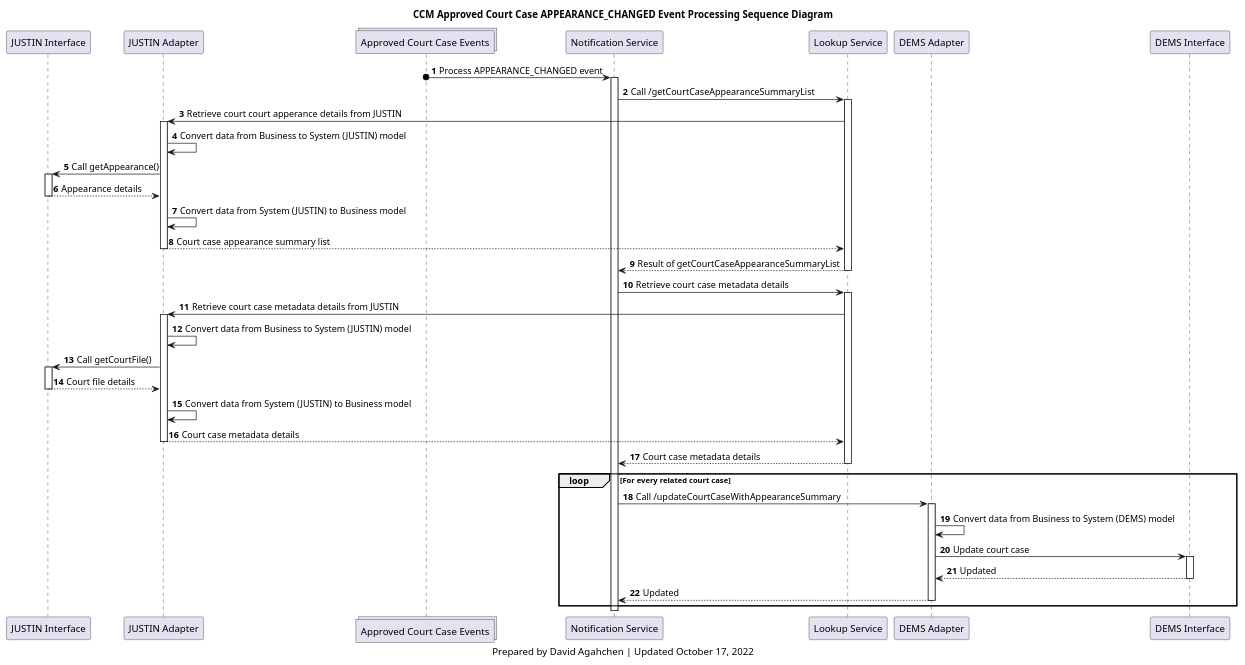
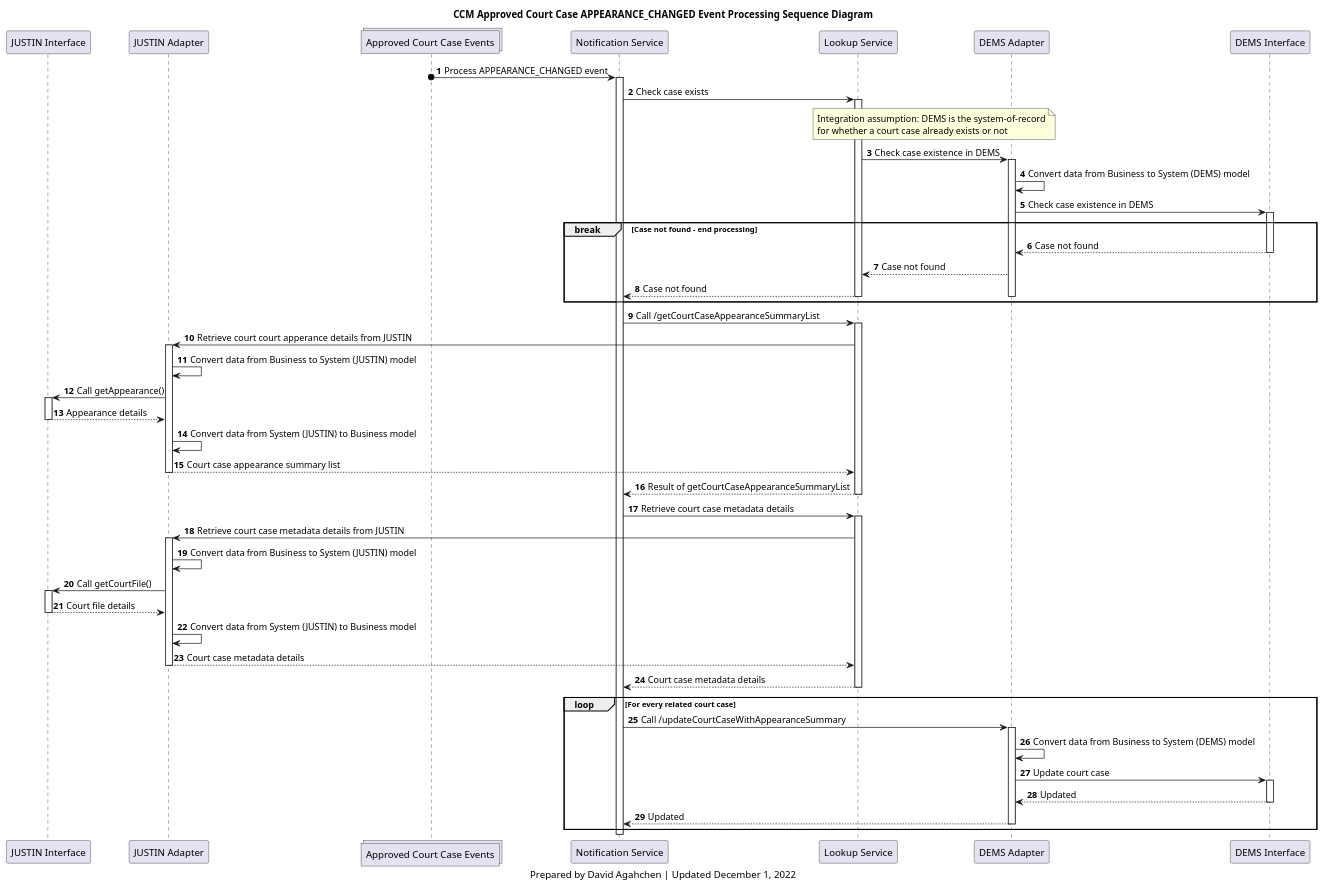
The diagram in diagrams/ccm_approved_cort_case_appearance_changed_processing_sqeuencing_diagram.plantuml (bcgov/jpss-jade-ccm), drawn with PlantUML before and after one commit. The commit also changed 7 other files, not shown here.

Commit message:
JADE-1828 diagram updates

```diff
--- a/diagrams/ccm_approved_cort_case_appearance_changed_processing_sqeuencing_diagram.plantuml
+++ b/diagrams/ccm_approved_cort_case_appearance_changed_processing_sqeuencing_diagram.plantuml
@@ -1,77 +1,98 @@
 @startuml
 'hide footbox
 
 participant j_interface as "JUSTIN Interface"
 participant j_adapter as "JUSTIN Adapter"
-collections court_case_metadatas_topic as "Approved Court Case Events"
-participant case_notification_service as "Notification Service"
-participant case_lookup_service as "Lookup Service"
+collections approved_court_cases_topic as "Approved Court Case Events"
+participant notification_service as "Notification Service"
+participant lookup_service as "Lookup Service"
 participant d_adapter as "DEMS Adapter"
 participant d_interface as "DEMS Interface"
 
 title
 CCM Approved Court Case APPEARANCE_CHANGED Event Processing Sequence Diagram
 end title
 
 autonumber
 
-court_case_metadatas_topic o-> case_notification_service: Process APPEARANCE_CHANGED event
-activate case_notification_service
+approved_court_cases_topic o-> notification_service: Process APPEARANCE_CHANGED event
+activate notification_service
 
-case_notification_service -> case_lookup_service: Call /getCourtCaseAppearanceSummaryList
-activate case_lookup_service
-case_lookup_service -> j_adapter: Retrieve court court apperance details from JUSTIN
+notification_service -> lookup_service: Check case exists
+activate lookup_service
+note over lookup_service, d_adapter
+Integration assumption: DEMS is the system-of-record
+for whether a court case already exists or not
+end note
+lookup_service -> d_adapter: Check case existence in DEMS
+activate d_adapter
+d_adapter -> d_adapter: Convert data from Business to System (DEMS) model
+d_adapter -> d_interface: Check case existence in DEMS
+activate d_interface
+
+break Case not found - end processing
+d_interface --> d_adapter: Case not found
+deactivate d_interface
+d_adapter --> lookup_service: Case not found
+lookup_service --> notification_service: Case not found
+deactivate lookup_service
+deactivate d_adapter
+end break
+
+notification_service -> lookup_service: Call /getCourtCaseAppearanceSummaryList
+activate lookup_service
+lookup_service -> j_adapter: Retrieve court court apperance details from JUSTIN
 
 activate j_adapter
 j_adapter -> j_adapter: Convert data from Business to System (JUSTIN) model
 j_adapter -> j_interface: Call getAppearance()
 activate j_interface
 j_interface --> j_adapter: Appearance details
 deactivate j_interface
 j_adapter -> j_adapter: Convert data from System (JUSTIN) to Business model
-j_adapter --> case_lookup_service: Court case appearance summary list
+j_adapter --> lookup_service: Court case appearance summary list
 deactivate j_adapter
 
-case_lookup_service --> case_notification_service: Result of getCourtCaseAppearanceSummaryList
-deactivate case_lookup_service
+lookup_service --> notification_service: Result of getCourtCaseAppearanceSummaryList
+deactivate lookup_service
 
-case_notification_service -> case_lookup_service: Retrieve court case metadata details
-activate case_lookup_service
-case_lookup_service -> j_adapter: Retrieve court case metadata details from JUSTIN
+notification_service -> lookup_service: Retrieve court case metadata details
+activate lookup_service
+lookup_service -> j_adapter: Retrieve court case metadata details from JUSTIN
 
 activate j_adapter
 j_adapter -> j_adapter: Convert data from Business to System (JUSTIN) model
 j_adapter -> j_interface: Call getCourtFile()
 activate j_interface
 j_interface --> j_adapter: Court file details
 deactivate j_interface
 j_adapter -> j_adapter: Convert data from System (JUSTIN) to Business model
-j_adapter --> case_lookup_service: Court case metadata details
+j_adapter --> lookup_service: Court case metadata details
 deactivate j_adapter
 
-case_lookup_service --> case_notification_service: Court case metadata details
-deactivate case_lookup_service
+lookup_service --> notification_service: Court case metadata details
+deactivate lookup_service
 
 loop For every related court case
-    case_notification_service -> d_adapter: Call /updateCourtCaseWithAppearanceSummary
+    notification_service -> d_adapter: Call /updateCourtCaseWithAppearanceSummary
     activate d_adapter
 
     d_adapter -> d_adapter: Convert data from Business to System (DEMS) model
 
     d_adapter -> d_interface: Update court case
     activate d_interface
 
     d_interface --> d_adapter: Updated
     deactivate d_interface
 
-    d_adapter --> case_notification_service: Updated
+    d_adapter --> notification_service: Updated
     deactivate d_adapter
 
 end
 
-deactivate case_notification_service
+deactivate notification_service
 
 caption
-Prepared by David Agahchen | Updated October 17, 2022
+Prepared by David Agahchen | Updated December 1, 2022
 end caption
 @enduml
```
